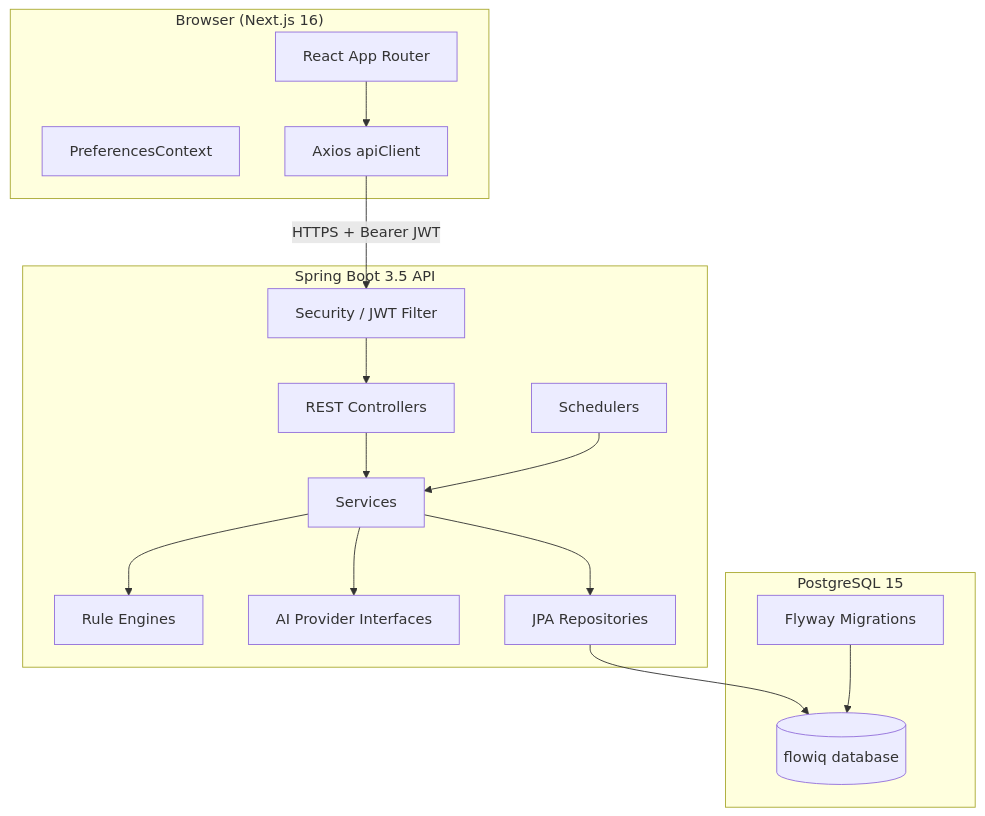
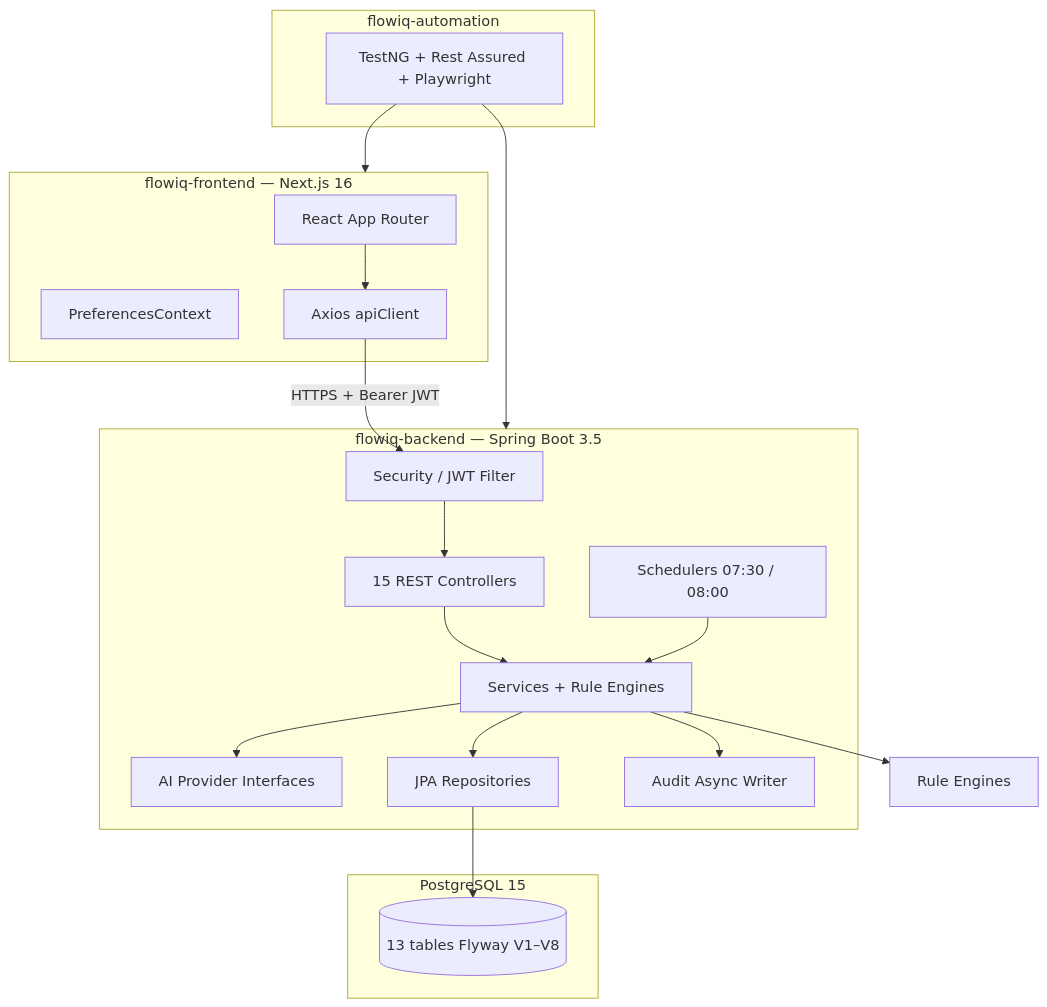
One commit to YevheniiaDem/flowiq-backend changed the first of 3 diagrams in docs/architecture/system-overview.md. Above: the diagram before and after it, drawn with Mermaid. The commit also changed other lines of this file and 41 other files, not shown here.

First line of the commit message:
Add product docs, architecture handbook, security audit, and prod hardening.

````diff
--- a/docs/architecture/system-overview.md
+++ b/docs/architecture/system-overview.md
@@ -5,34 +10,34 @@
 ```mermaid
 flowchart TB
-    subgraph Client["Browser (Next.js 16)"]
+    subgraph Client["flowiq-frontend — Next.js 16"]
         UI[React App Router]
         CTX[PreferencesContext]
         API_CLIENT[Axios apiClient]
     end
 
-    subgraph Backend["Spring Boot 3.5 API"]
+    subgraph Backend["flowiq-backend — Spring Boot 3.5"]
         SEC[Security / JWT Filter]
-        CTRL[REST Controllers]
-        SVC[Services]
-        ENG[Rule Engines]
+        CTRL[15 REST Controllers]
+        SVC[Services + Rule Engines]
         PROV[AI Provider Interfaces]
         REPO[JPA Repositories]
-        SCH[Schedulers]
+        SCH[Schedulers 07:30 / 08:00]
+        AUD[Audit Async Writer]
     end
 
     subgraph Data["PostgreSQL 15"]
-        DB[(flowiq database)]
-        FLY[Flyway Migrations]
+        DB[(13 tables Flyway V1–V8)]
+    end
+
+    subgraph QA["flowiq-automation"]
+        TEST[TestNG + Rest Assured + Playwright]
     end
 
     UI --> API_CLIENT
     API_CLIENT -->|HTTPS + Bearer JWT| SEC
-    SEC --> CTRL
-    CTRL --> SVC
-    SVC --> ENG
-    SVC --> PROV
-    SVC --> REPO
+    SEC --> CTRL --> SVC
+    SVC --> ENG[Rule Engines] & PROV & REPO & AUD
     SCH --> SVC
     REPO --> DB
-    FLY --> DB
+    TEST --> Backend & Client
 ```
````
